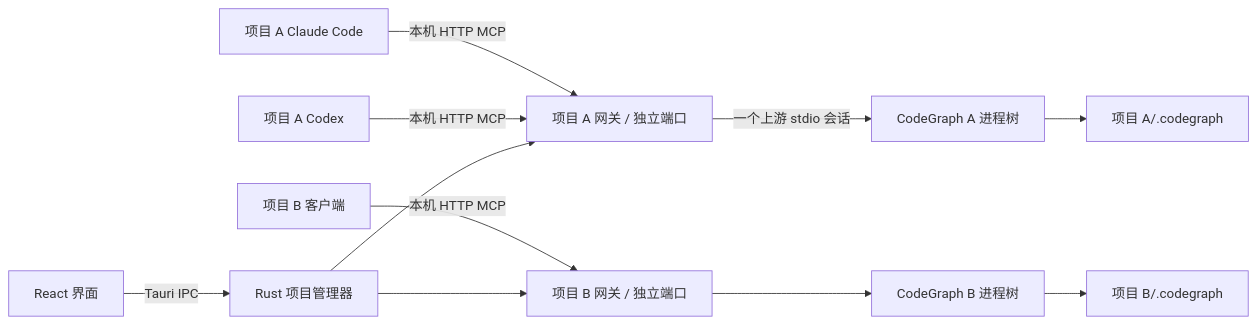
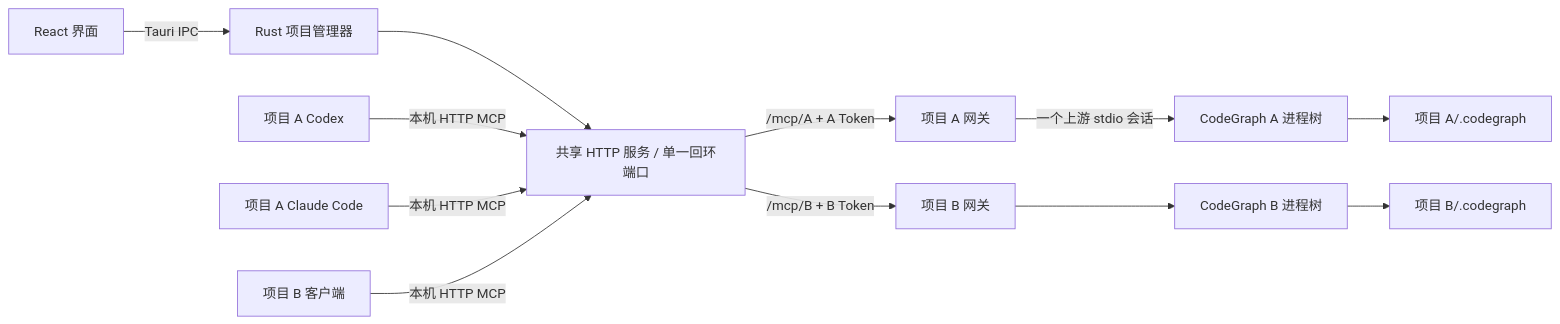
One commit to touwaeriol/codegraph-desktop changed the first of 2 diagrams in docs/02-system-design.md. Above: the diagram before and after it, drawn with Mermaid. The commit also changed other lines of this file and 24 other files, not shown here.

````diff
--- a/docs/02-system-design.md
+++ b/docs/02-system-design.md
@@ -26,13 +26,14 @@
 ```mermaid
 flowchart LR
   UI[React 界面] -->|Tauri IPC| M[Rust 项目管理器]
-  M --> GA[项目 A 网关 / 独立端口]
-  M --> GB[项目 B 网关 / 独立端口]
-  AC[项目 A Codex] -->|本机 HTTP MCP| GA
-  AL[项目 A Claude Code] -->|本机 HTTP MCP| GA
+  M --> H[共享 HTTP 服务 / 单一回环端口]
+  H -->|/mcp/A + A Token| GA[项目 A 网关]
+  H -->|/mcp/B + B Token| GB[项目 B 网关]
+  AC[项目 A Codex] -->|本机 HTTP MCP| H
+  AL[项目 A Claude Code] -->|本机 HTTP MCP| H
   GA -->|一个上游 stdio 会话| PA[CodeGraph A 进程树]
   PA --> IA[项目 A/.codegraph]
-  BC[项目 B 客户端] -->|本机 HTTP MCP| GB
+  BC[项目 B 客户端] -->|本机 HTTP MCP| H
   GB --> PB[CodeGraph B 进程树]
   PB --> IB[项目 B/.codegraph]
 ```
````
